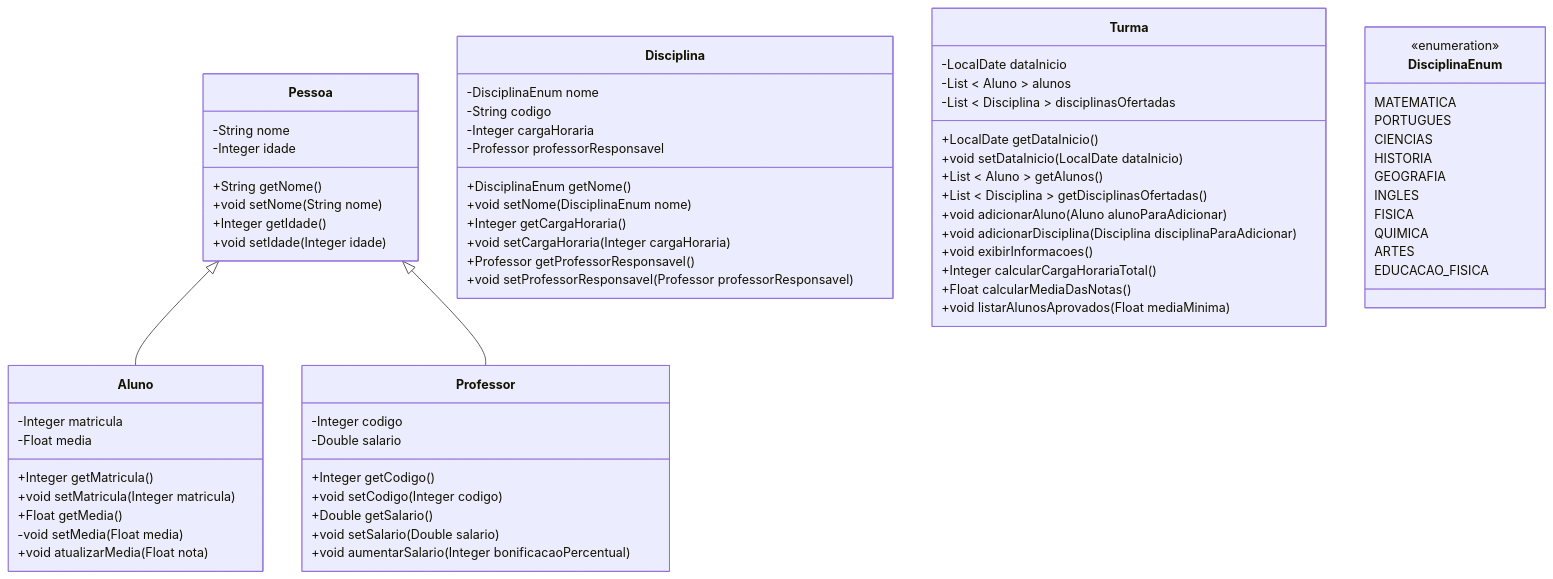
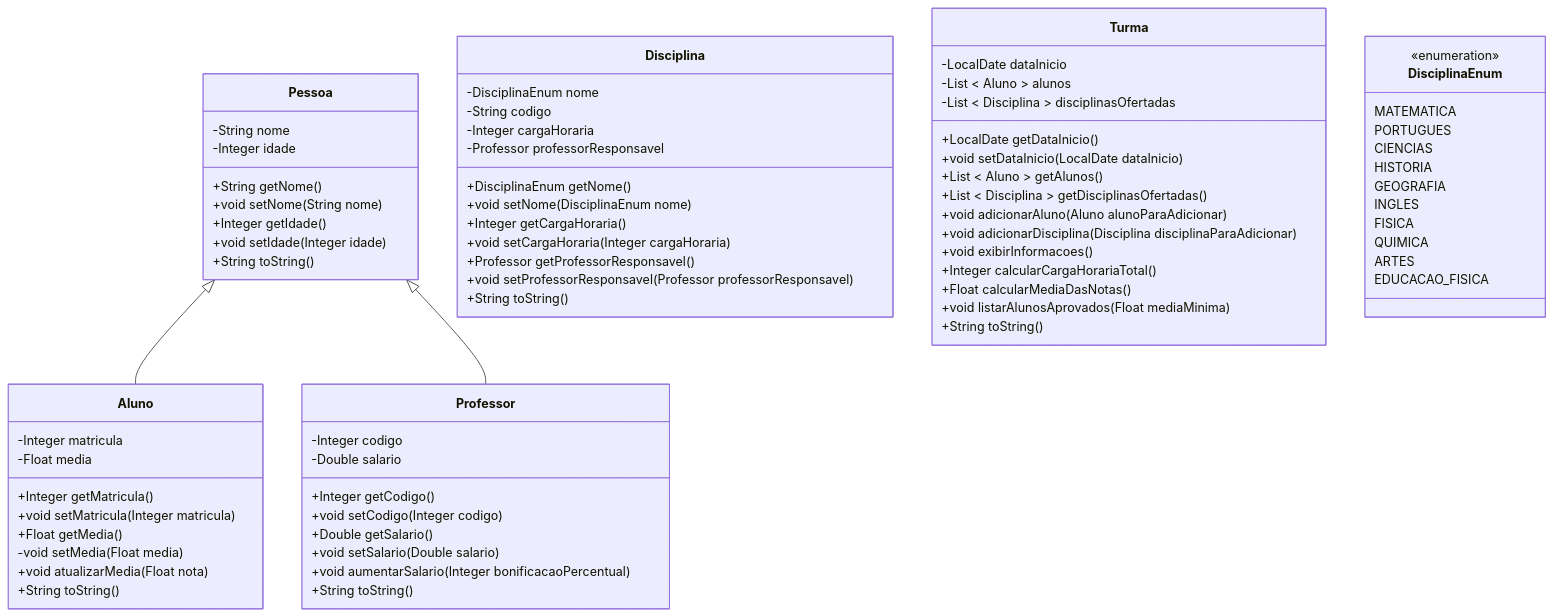
One commit to heltonricardo/enunciados-exercicios-java changed the diagram in exercicio-002/versao-001/README.md. Above: the diagram before and after it, drawn with Mermaid. The commit also changed other lines of this file, not shown here.

Commit message:
exercicio 2-1

```diff
--- a/exercicio-002/versao-001/README.md
+++ b/exercicio-002/versao-001/README.md
@@ -20,6 +20,7 @@
   +void setNome(String nome)
   +Integer getIdade()
   +void setIdade(Integer idade)
+  +String toString()
 }
 
 class Aluno {
@@ -30,6 +31,7 @@
   +Float getMedia()
   -void setMedia(Float media)
   +void atualizarMedia(Float nota)
+  +String toString()
 }
 
 class Professor {
@@ -40,6 +42,7 @@
   +Double getSalario()
   +void setSalario(Double salario)
   +void aumentarSalario(Integer bonificacaoPercentual)
+  +String toString()
 }
 
 class Disciplina {
@@ -53,6 +56,7 @@
   +void setCargaHoraria(Integer cargaHoraria)
   +Professor getProfessorResponsavel()
   +void setProfessorResponsavel(Professor professorResponsavel)
+  +String toString()
 }
 
 class Turma {
@@ -69,6 +73,7 @@
   +Integer calcularCargaHorariaTotal()
   +Float calcularMediaDasNotas()
   +void listarAlunosAprovados(Float mediaMinima)
+  +String toString()
 }
 
 class DisciplinaEnum {
```
